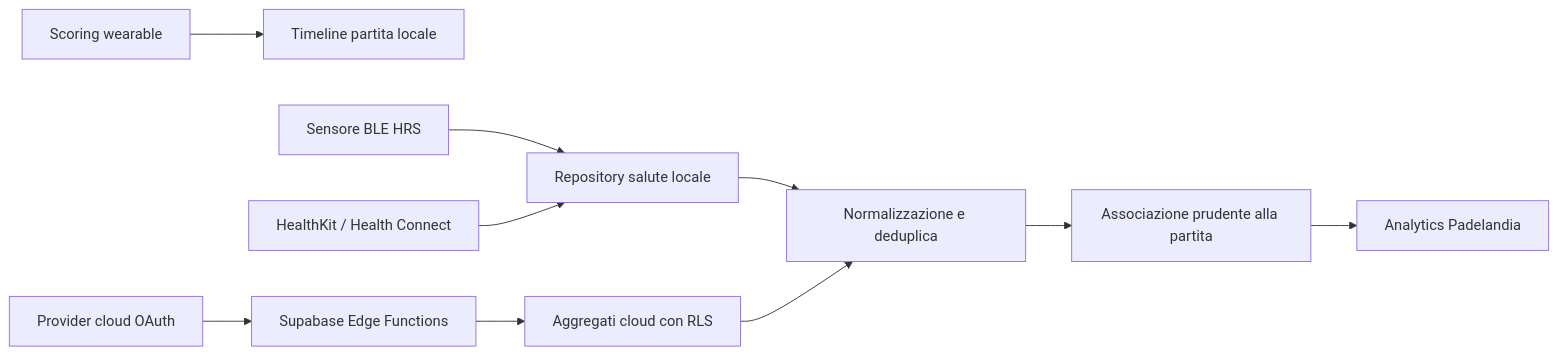
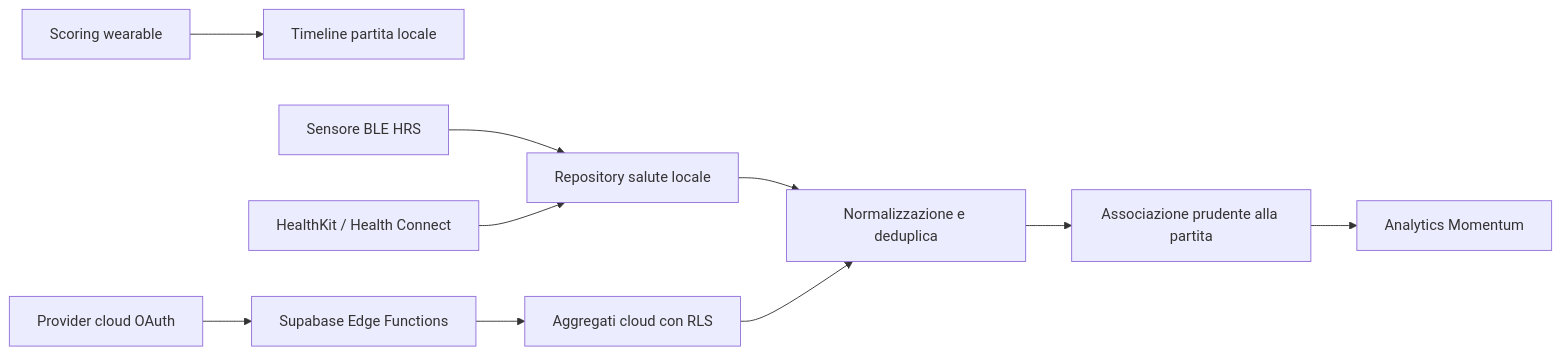
One commit to Massimilianociconte/Momentum changed the diagram in docs/UNIFIED_HEALTH_WEARABLE_AUDIT_2026-07-13.md. Above: the diagram before and after it, drawn with Mermaid. The commit also changed other lines of this file and 254 other files, not shown here.

````diff
--- a/docs/UNIFIED_HEALTH_WEARABLE_AUDIT_2026-07-13.md
+++ b/docs/UNIFIED_HEALTH_WEARABLE_AUDIT_2026-07-13.md
@@ -24,12 +24,12 @@
 ```mermaid
 flowchart LR
   W["Scoring wearable"] --> M["Timeline partita locale"]
   B["Sensore BLE HRS"] --> L["Repository salute locale"]
   H["HealthKit / Health Connect"] --> L
   C["Provider cloud OAuth"] --> E["Supabase Edge Functions"]
   E --> D["Aggregati cloud con RLS"]
   L --> N["Normalizzazione e deduplica"]
   D --> N
   N --> A["Associazione prudente alla partita"]
-  A --> X["Analytics Padelandia"]
+  A --> X["Analytics Momentum"]
 ```
````
